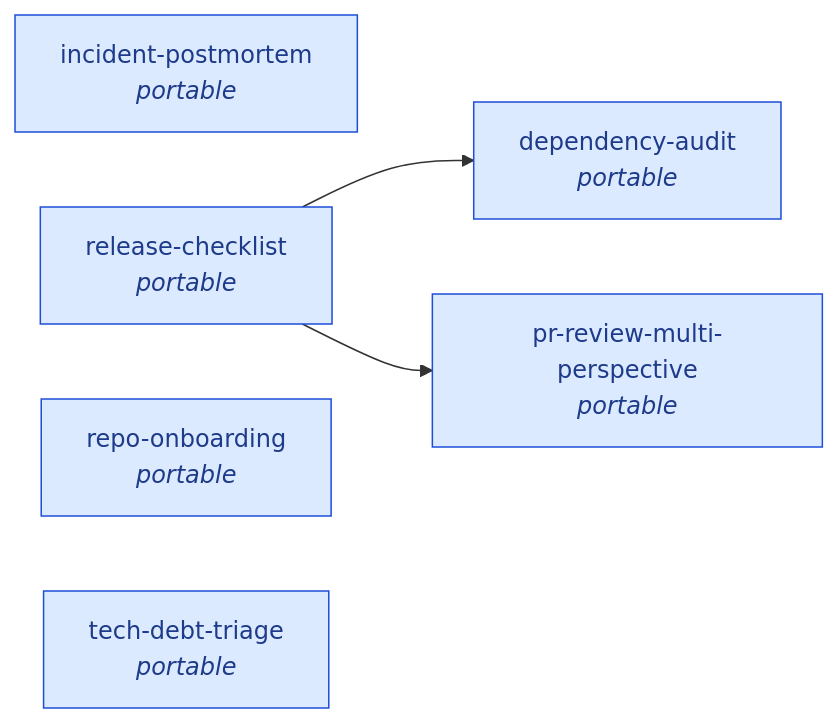
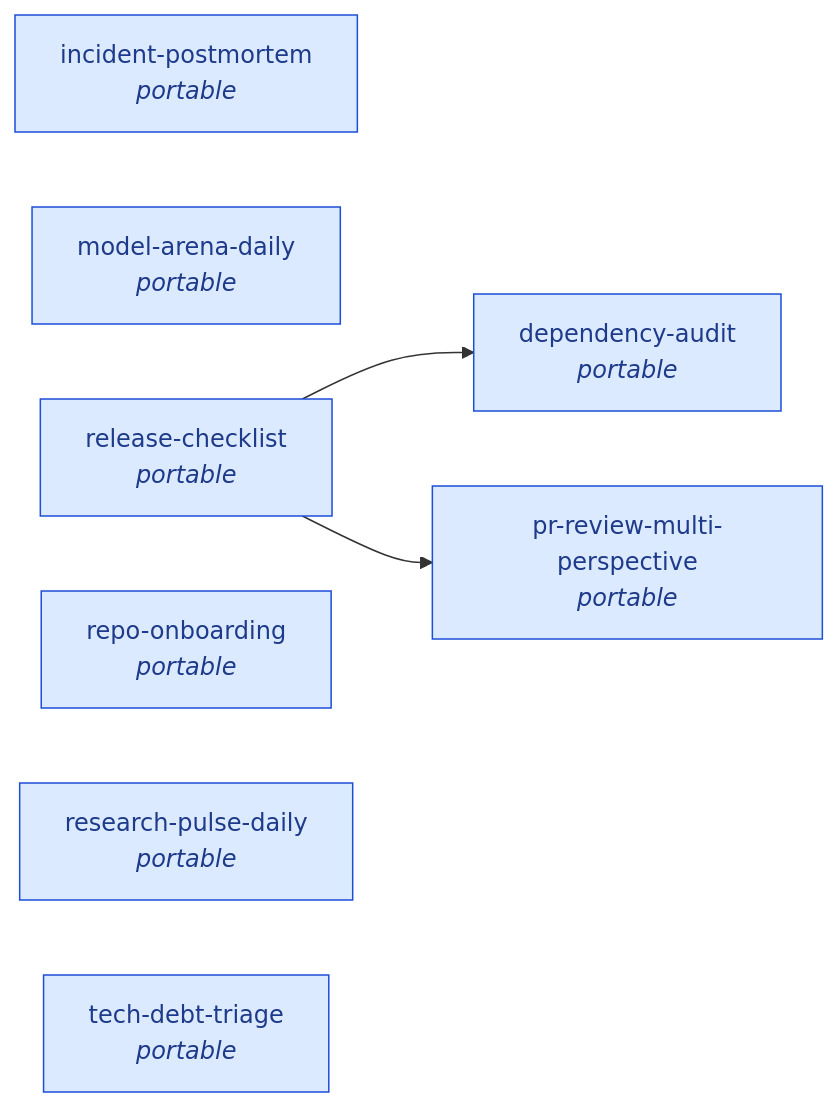
The diagram in docs/ops/WORKFLOWS.md (frankxai/agentic-creator-os), drawn with Mermaid before and after one commit. The commit also changed other lines of this file and 3 other files, not shown here.

First line of the commit message:
feat(workflows): add 2 daily portable workflows + /workflow meta-command

````diff
--- a/docs/ops/WORKFLOWS.md
+++ b/docs/ops/WORKFLOWS.md
@@ -21,19 +23,23 @@
 ```mermaid
 graph LR
   dependency-audit["dependency-audit<br/><i>portable</i>"]
   incident-postmortem["incident-postmortem<br/><i>portable</i>"]
+  model-arena-daily["model-arena-daily<br/><i>portable</i>"]
   pr-review-multi-perspective["pr-review-multi-perspective<br/><i>portable</i>"]
   release-checklist["release-checklist<br/><i>portable</i>"]
   release-checklist-->dependency-audit
   release-checklist-->pr-review-multi-perspective
   repo-onboarding["repo-onboarding<br/><i>portable</i>"]
+  research-pulse-daily["research-pulse-daily<br/><i>portable</i>"]
   tech-debt-triage["tech-debt-triage<br/><i>portable</i>"]
   classDef portable fill:#dbeafe,stroke:#1d4ed8,color:#1e3a8a
   classDef frankx fill:#fef3c7,stroke:#b45309,color:#78350f
   class dependency-audit portable
   class incident-postmortem portable
+  class model-arena-daily portable
   class pr-review-multi-perspective portable
   class release-checklist portable
   class repo-onboarding portable
+  class research-pulse-daily portable
   class tech-debt-triage portable
 ```
````
